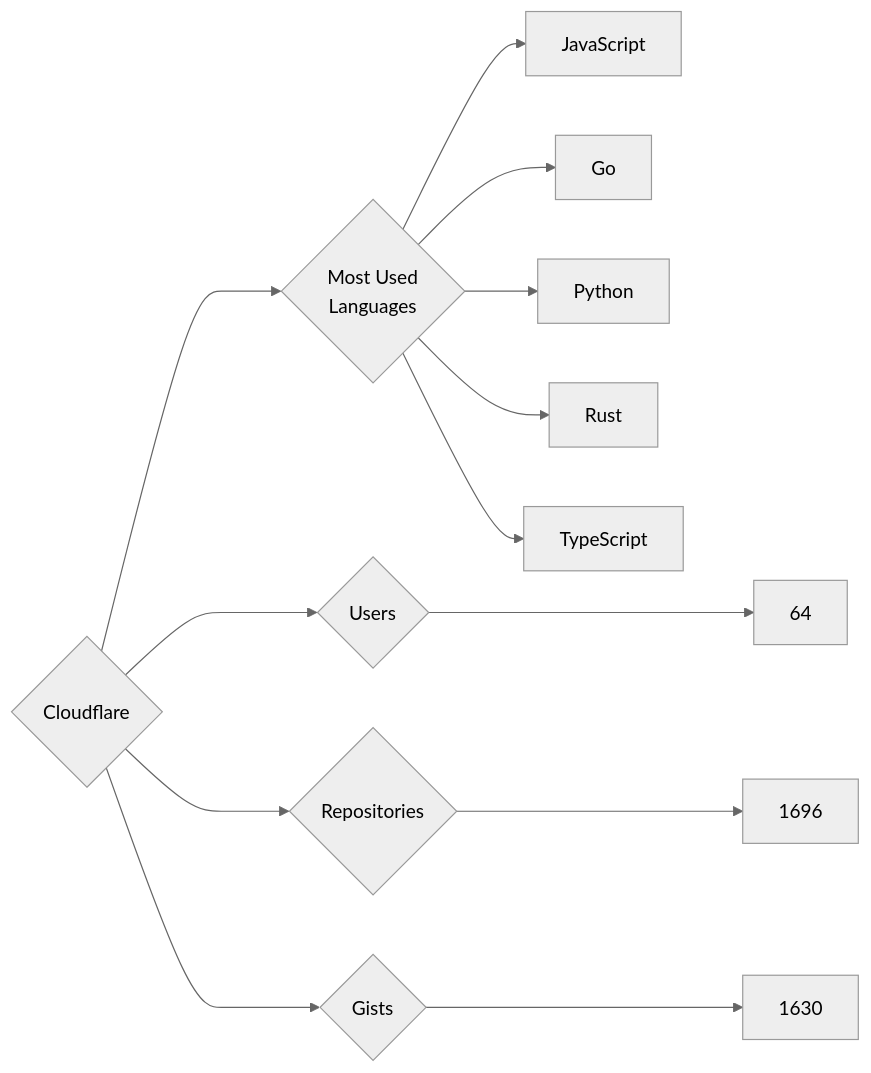
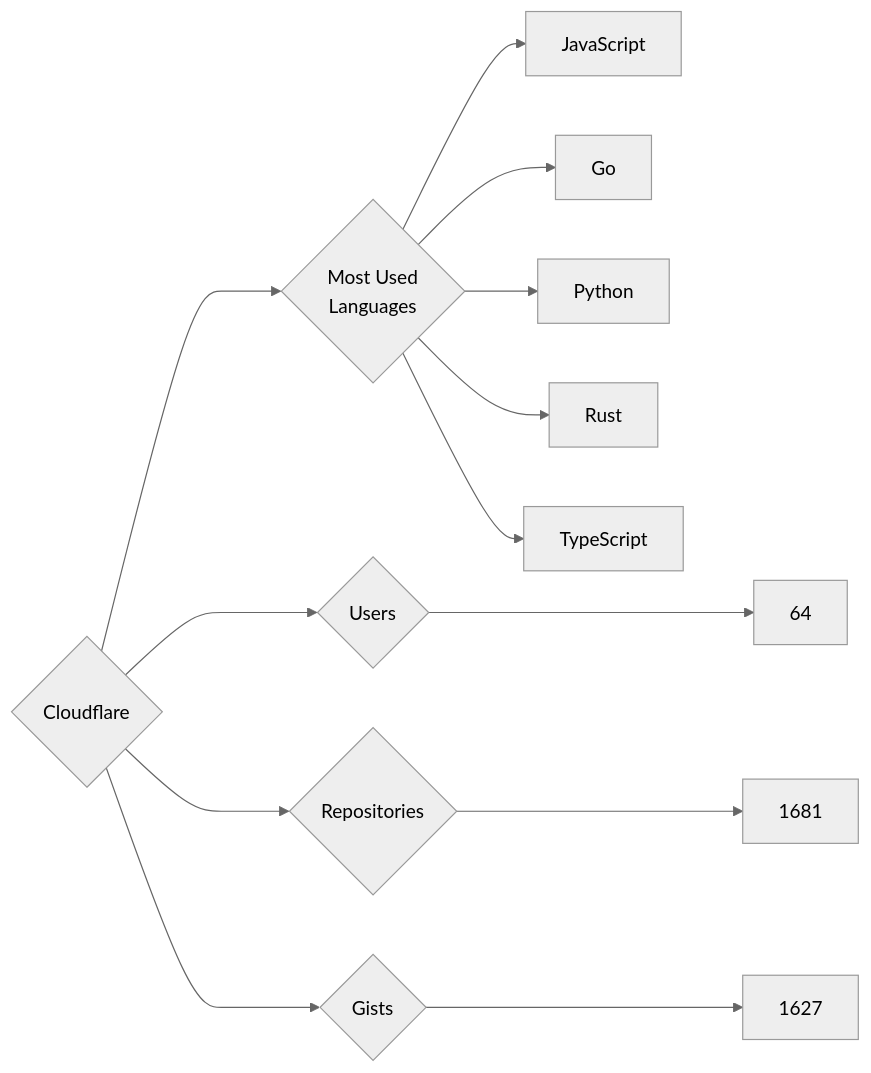
The diagram in targets/Cloudflare/README.md (trickest/insiders), drawn with Mermaid (neutral theme) before and after one commit. The commit also changed 611 other files, not shown here.

````diff
--- a/targets/Cloudflare/README.md
+++ b/targets/Cloudflare/README.md
@@ -3,13 +3,13 @@
 ```mermaid
 graph LR
 COMPANY_NAME{Cloudflare}
 COMPANY_NAME ---> U{Users} ---> UN[64]
-COMPANY_NAME ---> R{Repositories} ---> RN[1696]
-COMPANY_NAME ---> G{Gists} ---> GN[1630]
+COMPANY_NAME ---> R{Repositories} ---> RN[1681]
+COMPANY_NAME ---> G{Gists} ---> GN[1627]
 COMPANY_NAME ---> ML{Most Used<br>Languages}
 ML --> JavaScript[JavaScript]
 ML --> Go[Go]
 ML --> Python[Python]
 ML --> Rust[Rust]
 ML --> TypeScript[TypeScript]
 ```
````
